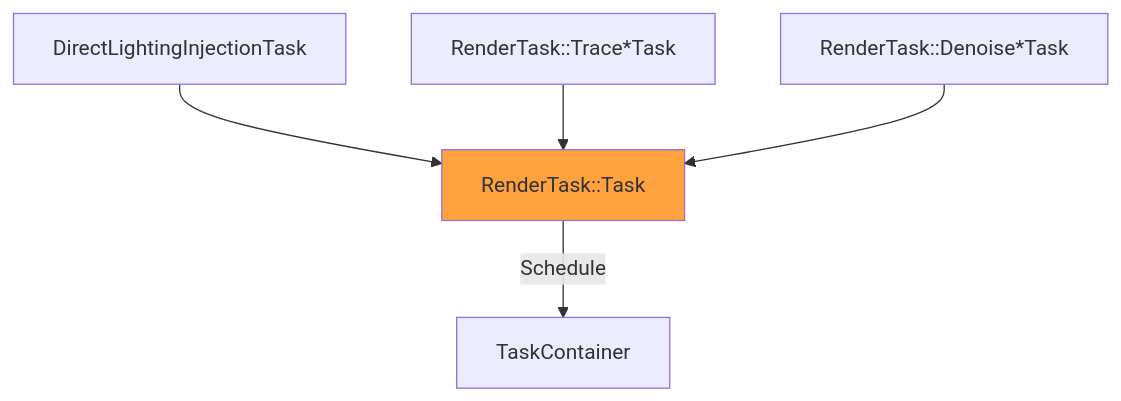
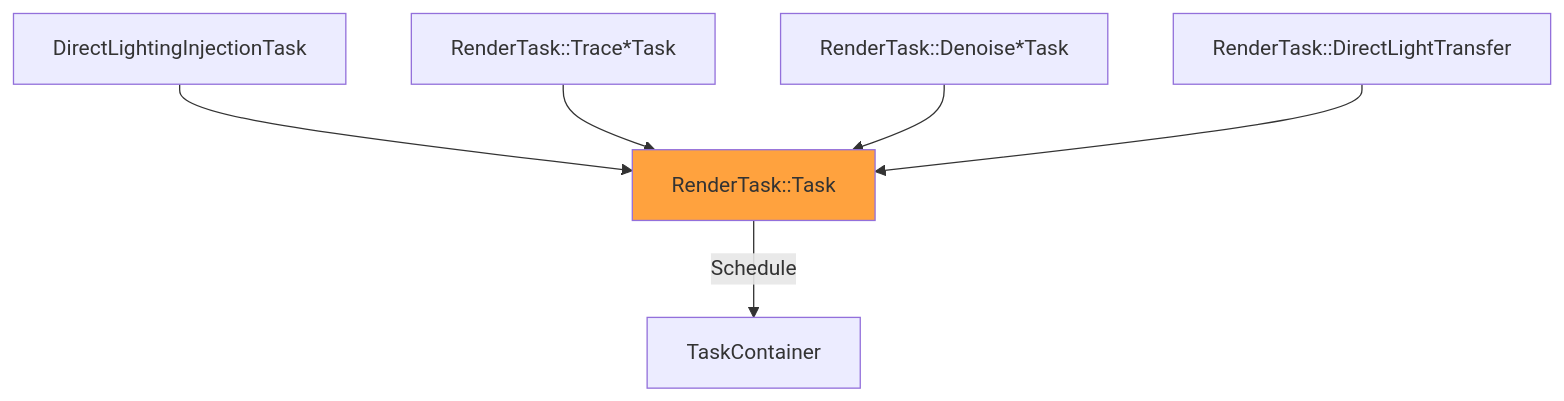
The sixth of 14 diagrams in docs/SDK_Reference.md (NVIDIAGameWorks/KickstartRT), drawn with Mermaid before and after one commit. The commit also changed other lines of this file and 50 other files, not shown here.

````diff
--- a/docs/SDK_Reference.md
+++ b/docs/SDK_Reference.md
@@ -192,12 +192,13 @@
 ``` mermaid
 flowchart TB
 
 Task[RenderTask::Task]
 Task -- Schedule --> TaskContainer
 
 DirectLightingInjectionTask --> Task
 TraceTasks[RenderTask::Trace*Task] --> Task
 DenoisingTasks[RenderTask::Denoise*Task] --> Task
+TransferTask[RenderTask::DirectLightTransfer] --> Task
 
 style Task fill:#ffa23e
 ```
````
